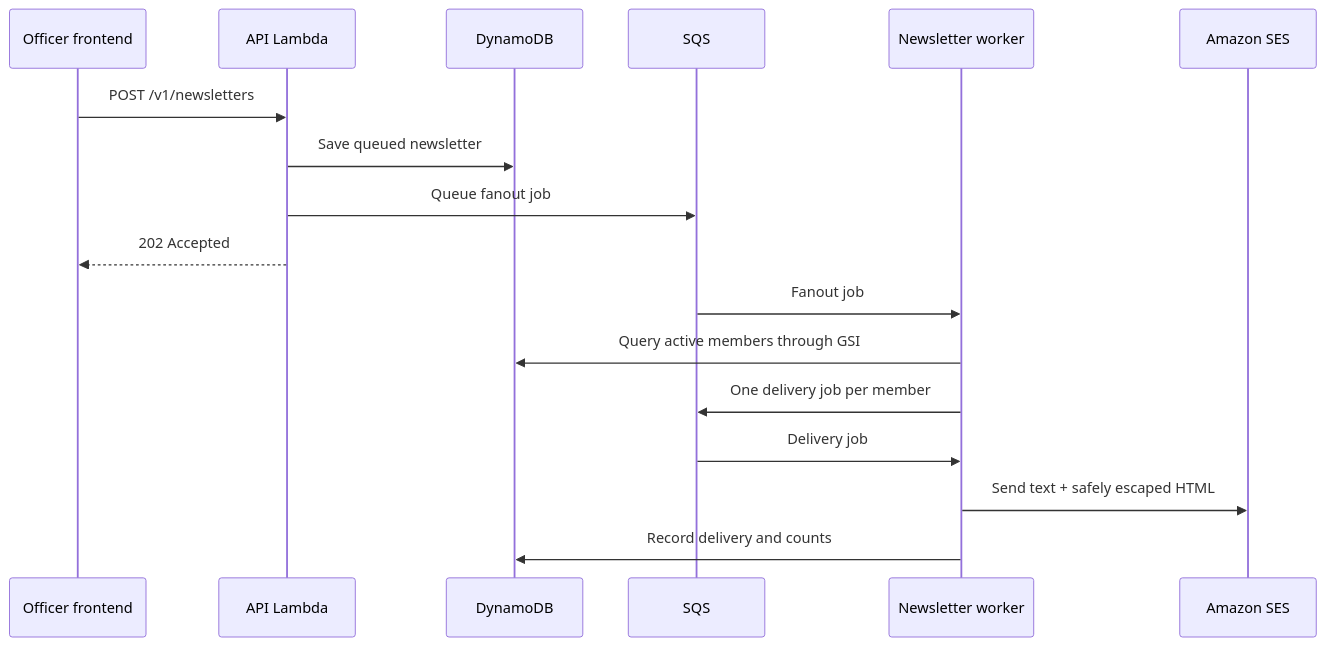
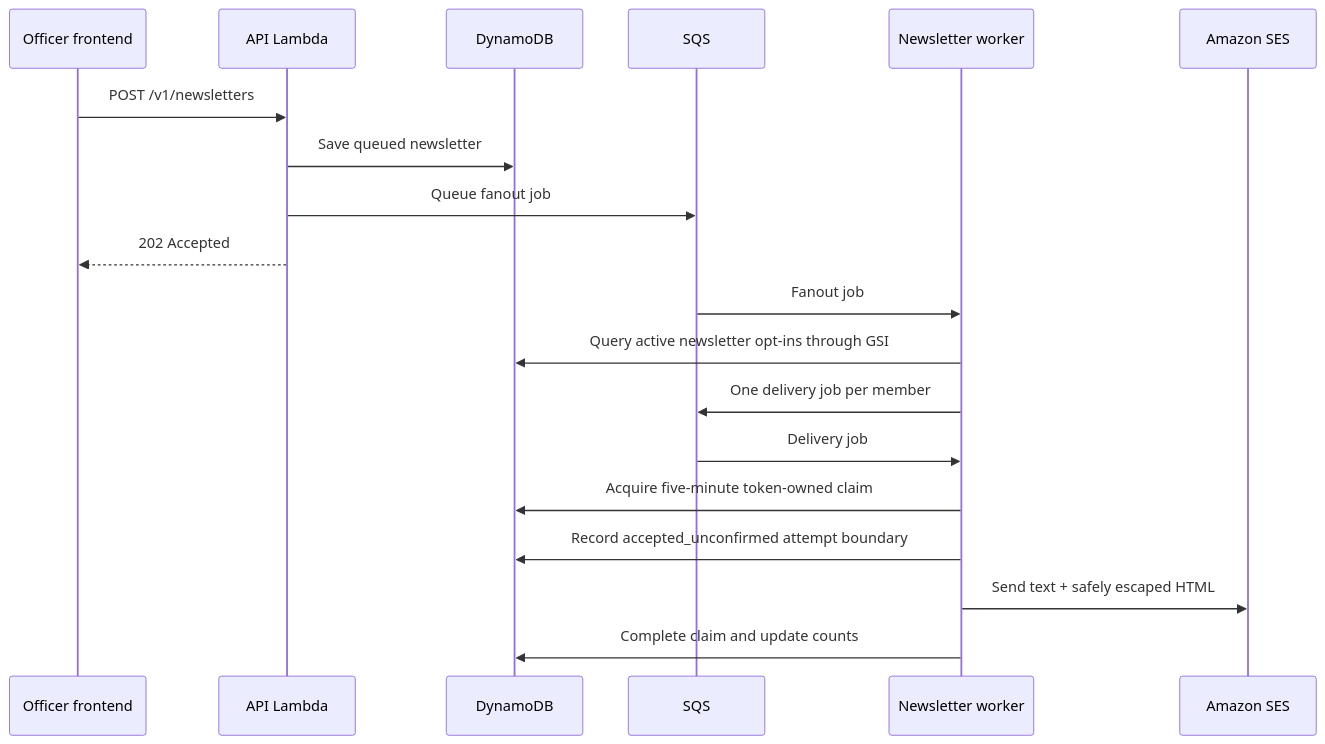
One commit to Israel-Jauregui/CodeHawks-Backend changed the diagram in docs/email.md. Above: the diagram before and after it, drawn with Mermaid. The commit also changed other lines of this file and 34 other files, not shown here.

````diff
--- a/docs/email.md
+++ b/docs/email.md
@@ -40,20 +42,22 @@
 ```mermaid
 sequenceDiagram
   participant O as Officer frontend
   participant A as API Lambda
   participant D as DynamoDB
   participant Q as SQS
   participant W as Newsletter worker
   participant S as Amazon SES
 
   O->>A: POST /v1/newsletters
   A->>D: Save queued newsletter
   A->>Q: Queue fanout job
   A-->>O: 202 Accepted
   Q->>W: Fanout job
-  W->>D: Query active members through GSI
+  W->>D: Query active newsletter opt-ins through GSI
   W->>Q: One delivery job per member
   Q->>W: Delivery job
+  W->>D: Acquire five-minute token-owned claim
+  W->>D: Record accepted_unconfirmed attempt boundary
   W->>S: Send text + safely escaped HTML
-  W->>D: Record delivery and counts
+  W->>D: Complete claim and update counts
 ```
````
